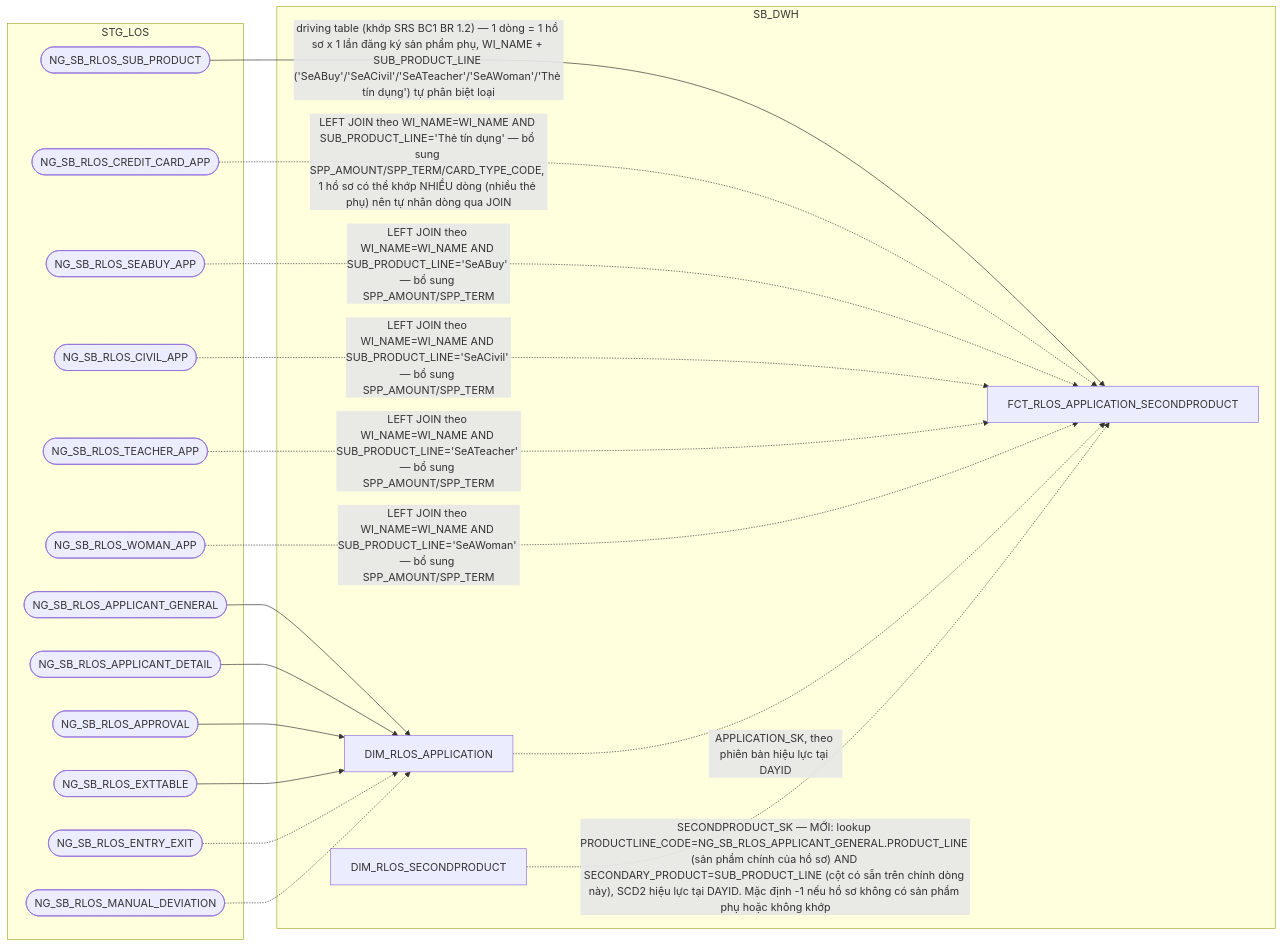
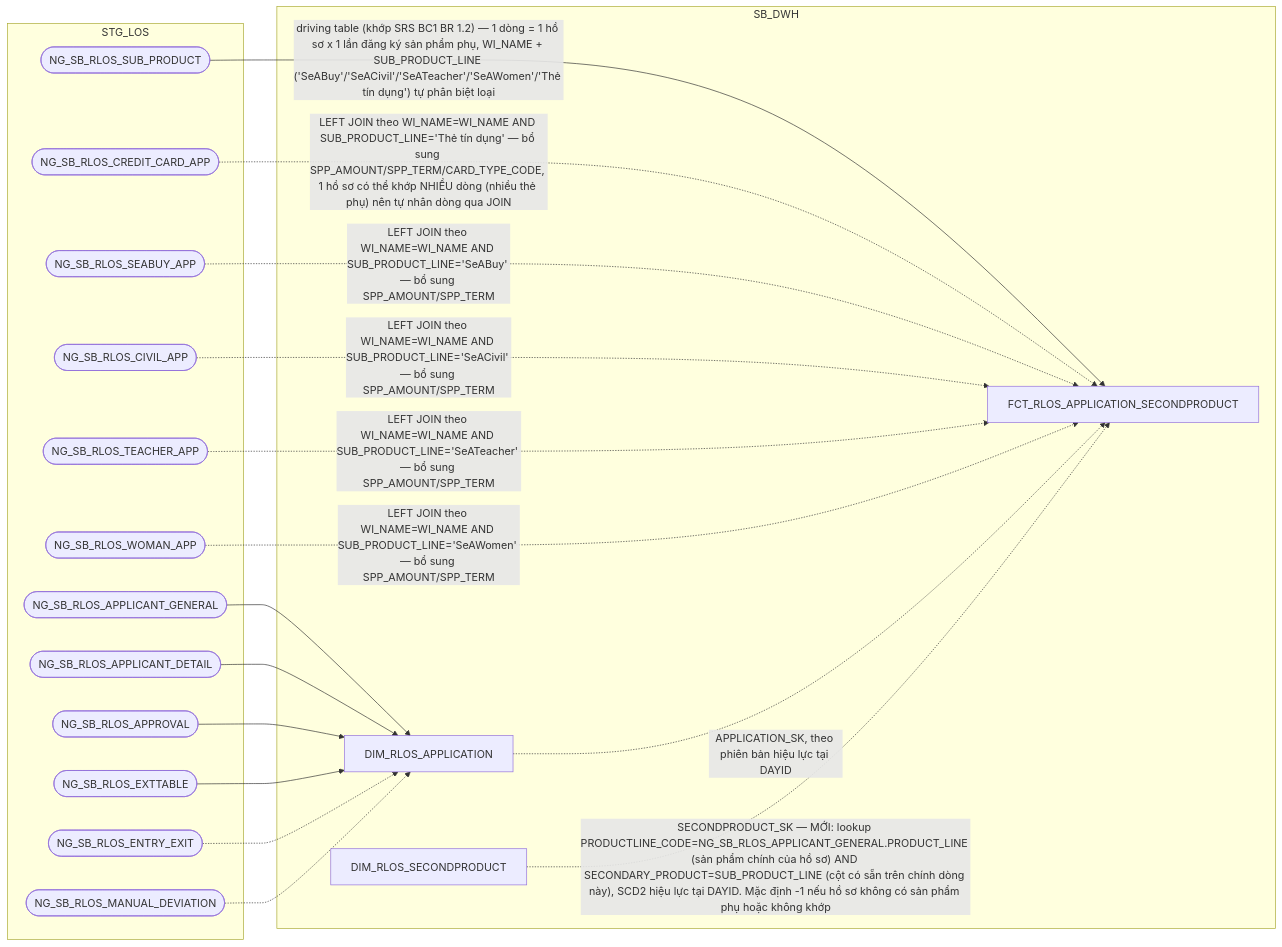
One commit to chien1198/sb-mapping-gen changed the ninth of 14 diagrams in hld/hld_review/HLD_FCT_SB_DWH_review.md. Above: the diagram before and after it, drawn with Mermaid. The commit also changed other lines of this file and 10 other files, not shown here.

````diff
--- a/hld/hld_review/HLD_FCT_SB_DWH_review.md
+++ b/hld/hld_review/HLD_FCT_SB_DWH_review.md
@@ -676,36 +678,36 @@
 ```mermaid
 flowchart LR
     subgraph STG_LOS
         A1(["NG_SB_RLOS_SUB_PRODUCT"])
         A2(["NG_SB_RLOS_CREDIT_CARD_APP"])
         A3(["NG_SB_RLOS_SEABUY_APP"])
         A4(["NG_SB_RLOS_CIVIL_APP"])
         A5(["NG_SB_RLOS_TEACHER_APP"])
         A6(["NG_SB_RLOS_WOMAN_APP"])
         P1(["NG_SB_RLOS_APPLICANT_GENERAL"])
         P2(["NG_SB_RLOS_APPLICANT_DETAIL"])
         P3(["NG_SB_RLOS_APPROVAL"])
         P4(["NG_SB_RLOS_EXTTABLE"])
         P6(["NG_SB_RLOS_ENTRY_EXIT"])
         P7(["NG_SB_RLOS_MANUAL_DEVIATION"])
     end
     subgraph SB_DWH
         D["DIM_RLOS_APPLICATION"]
         SP["DIM_RLOS_SECONDPRODUCT"]
         C["FCT_RLOS_APPLICATION_SECONDPRODUCT"]
     end
-    A1 -->|"driving table (khớp SRS BC1 BR 1.2) — 1 dòng = 1 hồ sơ x 1 lần đăng ký sản phẩm phụ, WI_NAME + SUB_PRODUCT_LINE ('SeABuy'/'SeACivil'/'SeATeacher'/'SeAWoman'/'Thẻ tín dụng') tự phân biệt loại"| C
+    A1 -->|"driving table (khớp SRS BC1 BR 1.2) — 1 dòng = 1 hồ sơ x 1 lần đăng ký sản phẩm phụ, WI_NAME + SUB_PRODUCT_LINE ('SeABuy'/'SeACivil'/'SeATeacher'/'SeAWomen'/'Thẻ tín dụng') tự phân biệt loại"| C
     A2 -.->|"LEFT JOIN theo WI_NAME=WI_NAME AND SUB_PRODUCT_LINE='Thẻ tín dụng' — bổ sung SPP_AMOUNT/SPP_TERM/CARD_TYPE_CODE, 1 hồ sơ có thể khớp NHIỀU dòng (nhiều thẻ phụ) nên tự nhân dòng qua JOIN"| C
     A3 -.->|"LEFT JOIN theo WI_NAME=WI_NAME AND SUB_PRODUCT_LINE='SeABuy' — bổ sung SPP_AMOUNT/SPP_TERM"| C
     A4 -.->|"LEFT JOIN theo WI_NAME=WI_NAME AND SUB_PRODUCT_LINE='SeACivil' — bổ sung SPP_AMOUNT/SPP_TERM"| C
     A5 -.->|"LEFT JOIN theo WI_NAME=WI_NAME AND SUB_PRODUCT_LINE='SeATeacher' — bổ sung SPP_AMOUNT/SPP_TERM"| C
-    A6 -.->|"LEFT JOIN theo WI_NAME=WI_NAME AND SUB_PRODUCT_LINE='SeAWoman' — bổ sung SPP_AMOUNT/SPP_TERM"| C
+    A6 -.->|"LEFT JOIN theo WI_NAME=WI_NAME AND SUB_PRODUCT_LINE='SeAWomen' — bổ sung SPP_AMOUNT/SPP_TERM"| C
     D -.->|APPLICATION_SK, theo phiên bản hiệu lực tại DAYID| C
     SP -.->|"SECONDPRODUCT_SK — MỚI: lookup PRODUCTLINE_CODE=NG_SB_RLOS_APPLICANT_GENERAL.PRODUCT_LINE (sản phẩm chính của hồ sơ) AND SECONDARY_PRODUCT=SUB_PRODUCT_LINE (cột có sẵn trên chính dòng này), SCD2 hiệu lực tại DAYID. Mặc định -1 nếu hồ sơ không có sản phẩm phụ hoặc không khớp"| C
     P1 --> D
     P2 --> D
     P3 --> D
     P4 --> D
     P6 -.-> D
     P7 -.-> D
 ```
````
